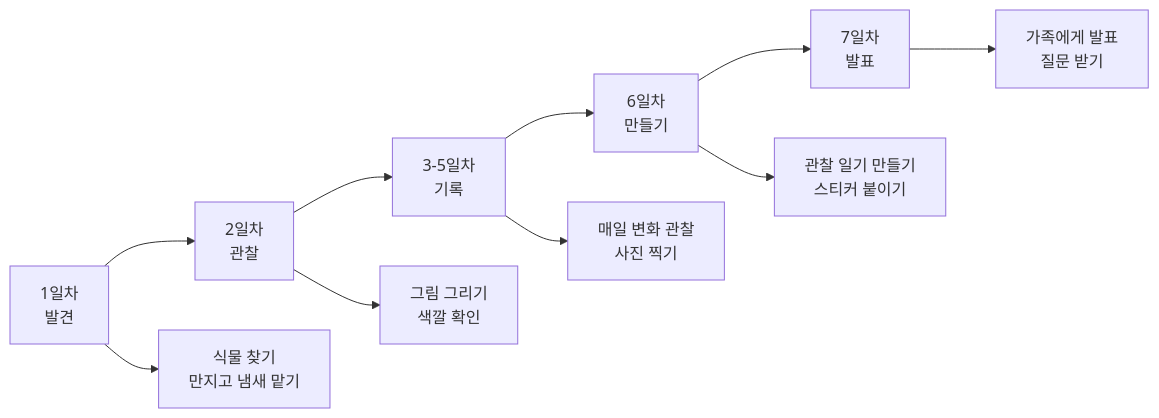
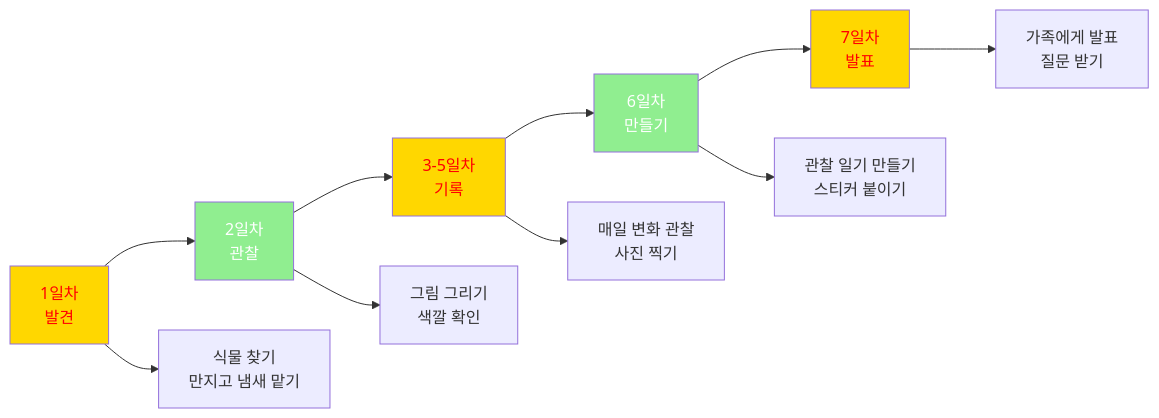
The ninth of 30 diagrams in 4단계_프뢰벨_프로젝트기반_교육과정.md (Collegenie-X/froebel), drawn with Mermaid before and after one commit. The commit also changed other lines of this file and 3 other files, not shown here.

````diff
--- a/4단계_프뢰벨_프로젝트기반_교육과정.md
+++ b/4단계_프뢰벨_프로젝트기반_교육과정.md
@@ -300,13 +300,19 @@
 ```mermaid
 graph LR
     A[1일차<br/>발견] --> B[2일차<br/>관찰]
     B --> C[3-5일차<br/>기록]
     C --> D[6일차<br/>만들기]
     D --> E[7일차<br/>발표]
     
     A --> A1[식물 찾기<br/>만지고 냄새 맡기]
     B --> B1[그림 그리기<br/>색깔 확인]
     C --> C1[매일 변화 관찰<br/>사진 찍기]
     D --> D1[관찰 일기 만들기<br/>스티커 붙이기]
     E --> E1[가족에게 발표<br/>질문 받기]
+
+    style A fill:#FFD700,color:#f00
+    style B fill:#90EE90,color:#fff
+    style C fill:#FFD700,color:#f00
+    style D fill:#90EE90,color:#fff
+    style E fill:#FFD700,color:#f00
 ```
````
